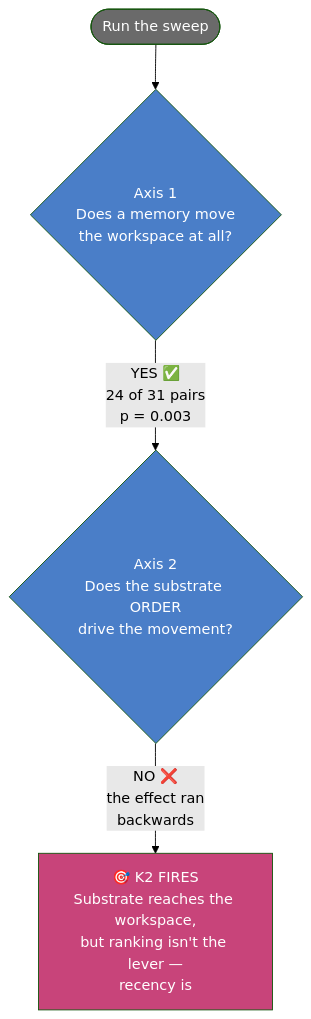
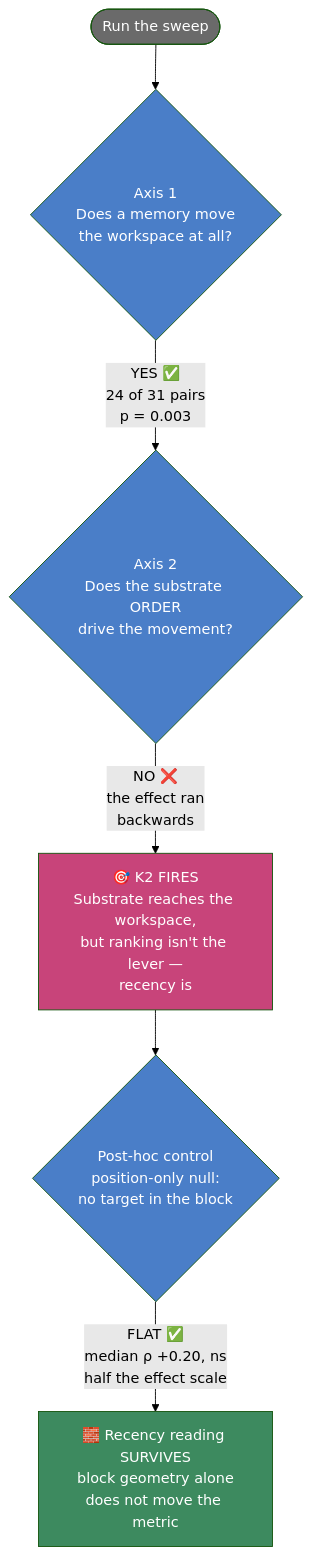
The diagram in README.md (JosephOIbrahim/jacobian-monologue), drawn with Mermaid (forest theme) before and after one commit.

Commit message:
README: extend decision-flow diagram with post-hoc control-3 outcome

````diff
--- a/README.md
+++ b/README.md
@@ -224,11 +224,15 @@
 ```mermaid
 flowchart TD
     START([Run the sweep]) --> A1{Axis 1<br/>Does a memory move<br/>the workspace at all?}
     A1 -->|"YES ✅<br/>24 of 31 pairs<br/>p = 0.003"| A2{Axis 2<br/>Does the substrate ORDER<br/>drive the movement?}
     A2 -->|"NO ❌<br/>the effect ran<br/>backwards"| K2["🎯 K2 FIRES<br/>Substrate reaches the workspace,<br/>but ranking isn't the lever —<br/>recency is"]
+    K2 --> C3{Post-hoc control<br/>position-only null:<br/>no target in the block}
+    C3 -->|"FLAT ✅<br/>median ρ +0.20, ns<br/>half the effect scale"| SURV["🧱 Recency reading SURVIVES<br/>block geometry alone<br/>does not move the metric"]
 
     style START fill:#6a6a6a,color:#fff
     style A1 fill:#4a7ec8,color:#fff
     style A2 fill:#4a7ec8,color:#fff
     style K2 fill:#c8447a,color:#fff
+    style C3 fill:#4a7ec8,color:#fff
+    style SURV fill:#3d8a5f,color:#fff
 ```
````
